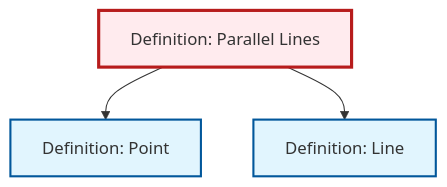
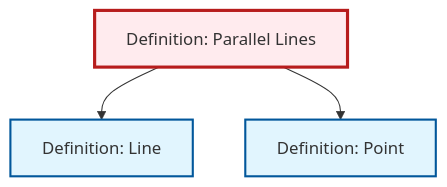
Before and after one commit to RK0429/ModernMath: the diagram in content/en/geometry/def-parallel.qmd, drawn with Mermaid. The commit also changed other lines of this file and 619 other files, not shown here.

````diff
--- a/content/en/geometry/def-parallel.qmd
+++ b/content/en/geometry/def-parallel.qmd
@@ -87,17 +87,17 @@
 ```{mermaid}
 %%| fig-cap: "Local dependency graph"
 graph TD
     classDef definition fill:#e1f5fe,stroke:#01579b,stroke-width:2px
     classDef theorem fill:#f3e5f5,stroke:#4a148c,stroke-width:2px
     classDef axiom fill:#fff3e0,stroke:#e65100,stroke-width:2px
     classDef example fill:#e8f5e9,stroke:#1b5e20,stroke-width:2px
     classDef current fill:#ffebee,stroke:#b71c1c,stroke-width:3px
     def-parallel["Definition: Parallel Lines"]:::definition
     def-line["Definition: Line"]:::definition
     def-point["Definition: Point"]:::definition
+    def-parallel --> def-line
     def-parallel --> def-point
-    def-parallel --> def-line
     class def-parallel current
     click def-line "def-line.html" "Go to Line definition"
     click def-point "def-point.html" "Go to Point definition"
 ```
````
